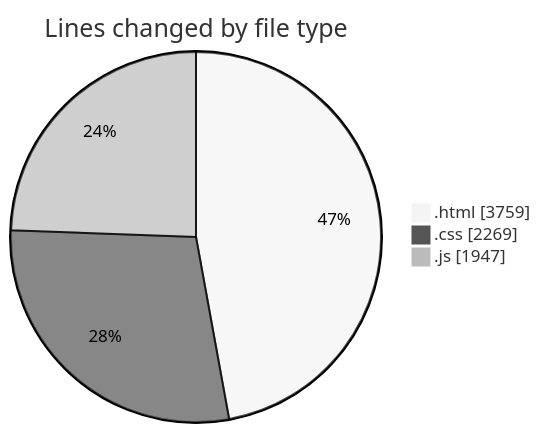
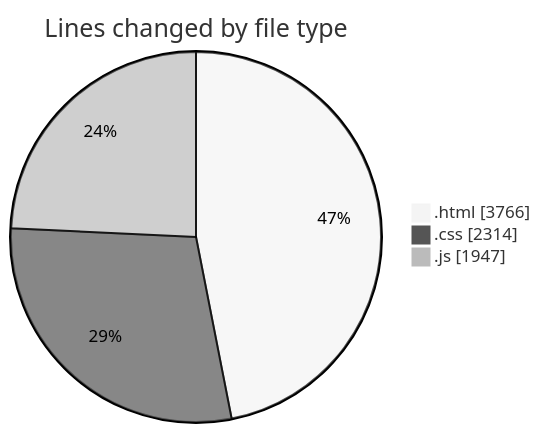
One commit to Ritupan-Deka/code-tracking changed the first of 2 diagrams in 2025-05-24/projects/README.md. Above: the diagram before and after it, drawn with Mermaid (neutral theme). The commit also changed other lines of this file and 1 other file, not shown here.

````diff
--- a/2025-05-24/projects/README.md
+++ b/2025-05-24/projects/README.md
@@ -25,7 +25,7 @@
 ```mermaid
 pie showData
 title Lines changed by file type
-".html" : 3759
-".css" : 2269
+".html" : 3766
+".css" : 2314
 ".js" : 1947
 ```
````
